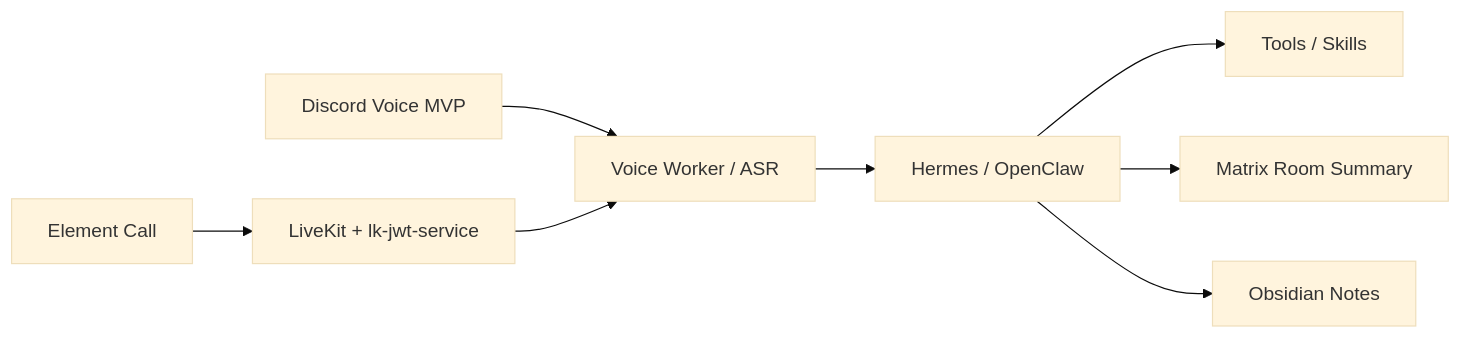
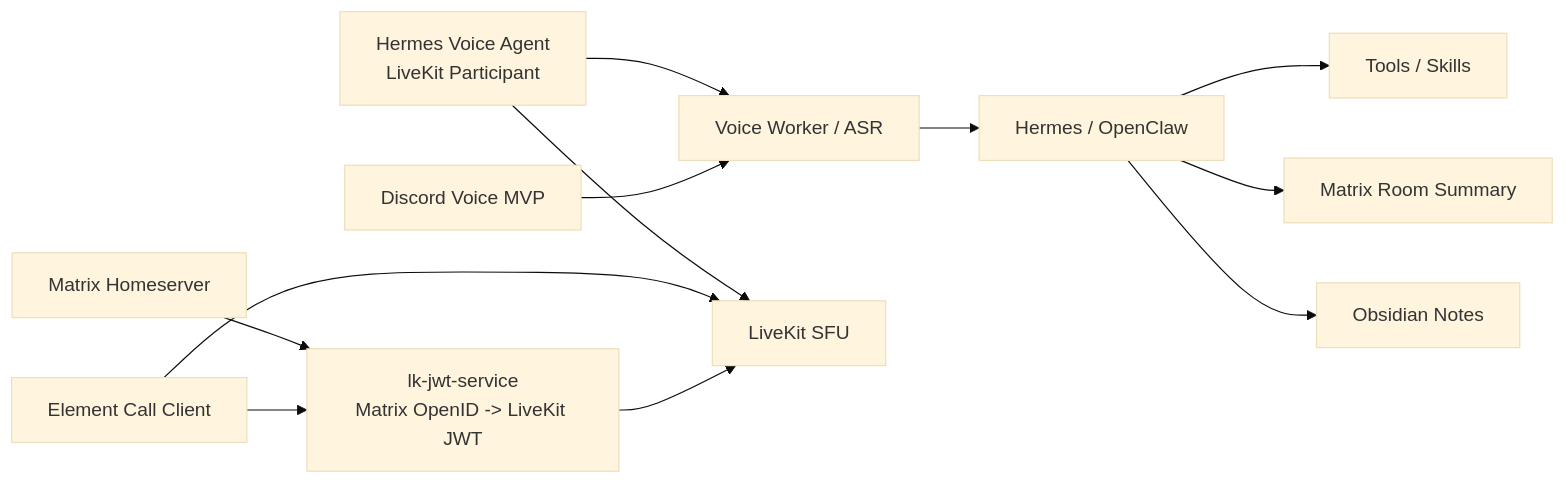
One commit to Martin-Hausleitner/credo changed the fifth of 5 diagrams in docs/architecture-flows.md. Above: the diagram before and after it, drawn with Mermaid (base theme). The commit also changed other lines of this file and 6 other files, not shown here.

````diff
--- a/docs/architecture-flows.md
+++ b/docs/architecture-flows.md
@@ -52,10 +74,14 @@
 ```mermaid
 flowchart LR
   Discord["Discord Voice MVP"] --> VoiceWorker["Voice Worker / ASR"]
-  ElementCall["Element Call"] --> LiveKit["LiveKit + lk-jwt-service"]
-  LiveKit --> VoiceWorker
+  ElementCall["Element Call Client"] --> LKJWT["lk-jwt-service<br/>Matrix OpenID -> LiveKit JWT"]
+  Homeserver["Matrix Homeserver"] --> LKJWT
+  LKJWT --> LiveKit["LiveKit SFU"]
+  ElementCall --> LiveKit
+  LiveKitAgent["Hermes Voice Agent<br/>LiveKit Participant"] --> LiveKit
+  LiveKitAgent --> VoiceWorker
   VoiceWorker --> Hermes["Hermes / OpenClaw"]
   Hermes --> Tools["Tools / Skills"]
   Hermes --> Matrix["Matrix Room Summary"]
   Hermes --> Obsidian["Obsidian Notes"]
 ```
````
